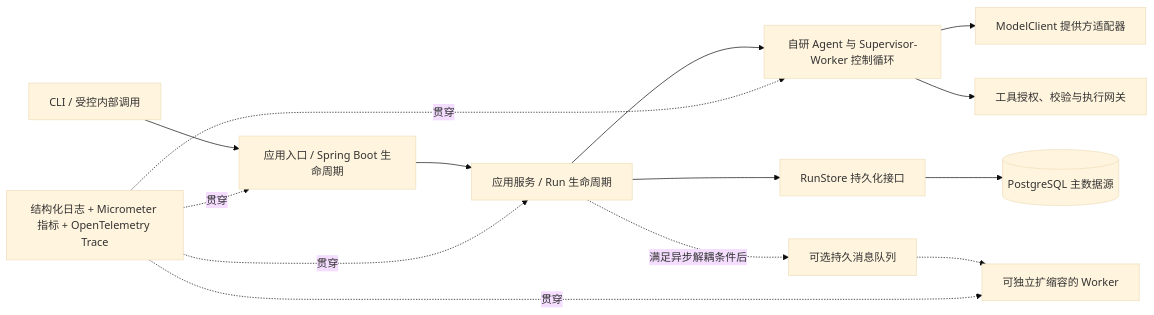
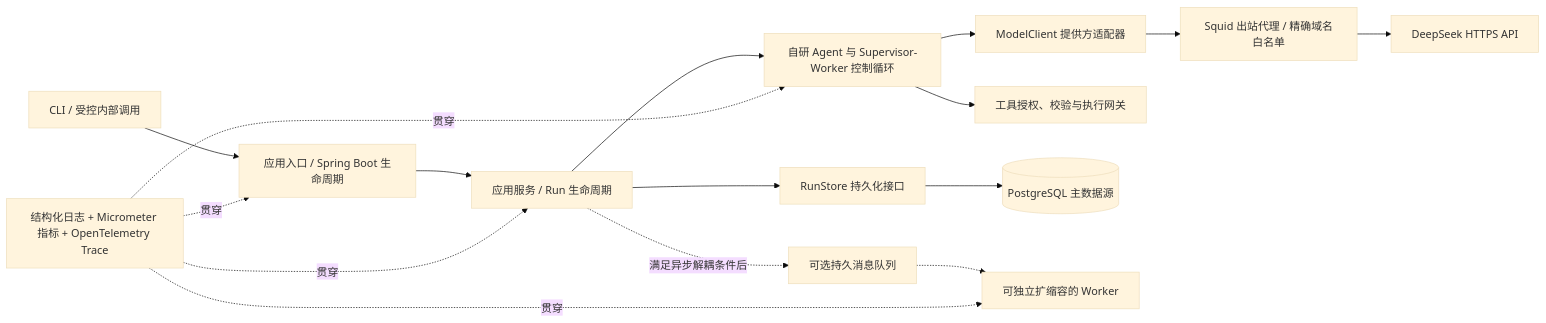
Before and after one commit to ly416123/myai: the diagram in docs/architecture/enterprise-migration-roadmap.md, drawn with Mermaid (base theme). The commit also changed other lines of this file and 2 other files, not shown here.

````diff
--- a/docs/architecture/enterprise-migration-roadmap.md
+++ b/docs/architecture/enterprise-migration-roadmap.md
@@ -21,16 +21,18 @@
 ```mermaid
 flowchart LR
     User[CLI / 受控内部调用] --> API[应用入口 / Spring Boot 生命周期]
     API --> App[应用服务 / Run 生命周期]
     App --> Agent[自研 Agent 与 Supervisor-Worker 控制循环]
     Agent --> Provider[ModelClient 提供方适配器]
+    Provider --> Egress[Squid 出站代理 / 精确域名白名单]
+    Egress --> DeepSeek[DeepSeek HTTPS API]
     Agent --> Tools[工具授权、校验与执行网关]
     App --> Store[RunStore 持久化接口]
     Store --> PG[(PostgreSQL 主数据源)]
     App -.满足异步解耦条件后.-> Queue[可选持久消息队列]
     Queue -.-> Worker[可独立扩缩容的 Worker]
     Obs[结构化日志 + Micrometer 指标 + OpenTelemetry Trace] -.贯穿.-> API
     Obs -.贯穿.-> App
     Obs -.贯穿.-> Agent
     Obs -.贯穿.-> Worker
 ```
````
